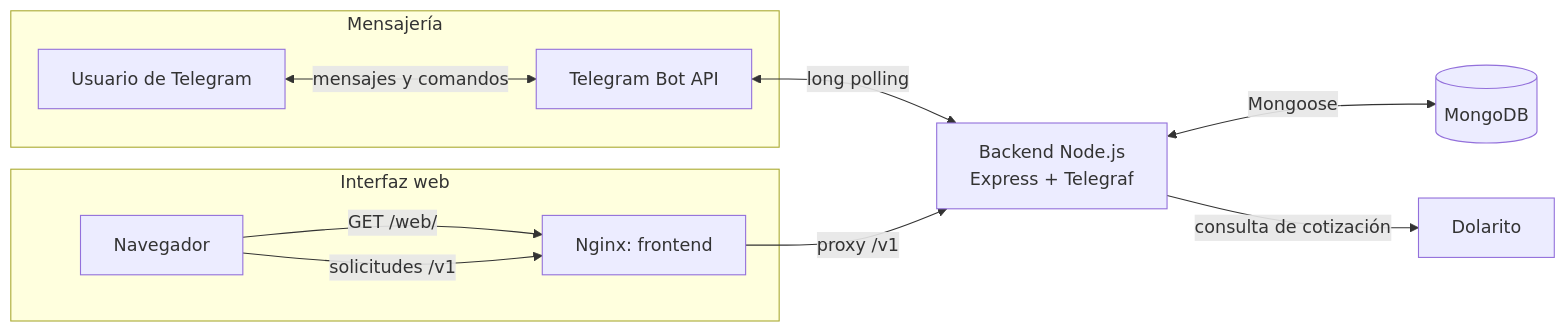
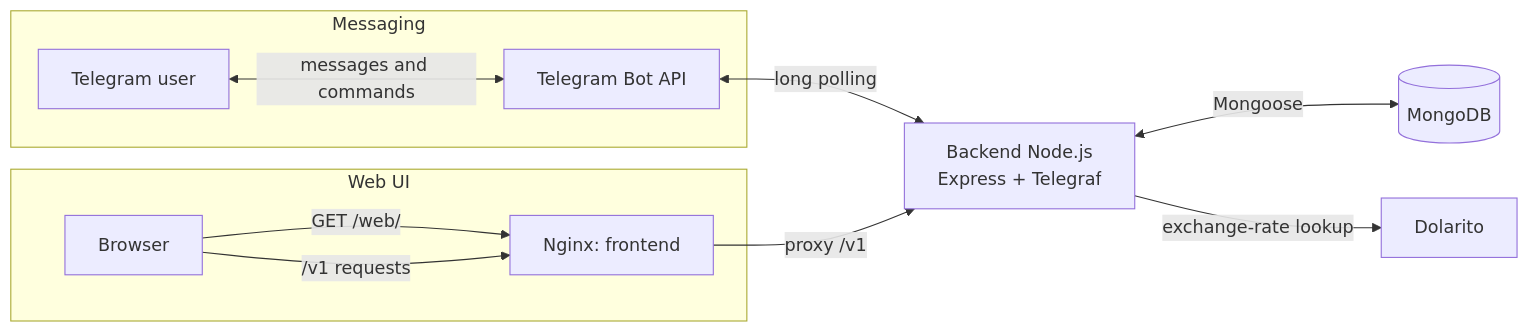
One commit to fnbogarin/expenses-bot-app changed the diagram in README.md. Above: the diagram before and after it, drawn with Mermaid. The commit also changed other lines of this file and 1 other file, not shown here.

````diff
--- a/README.md
+++ b/README.md
@@ -66,16 +66,16 @@
 ```mermaid
 flowchart LR
-  subgraph Messaging[Mensajería]
-    TelegramUser[Usuario de Telegram] <-->|mensajes y comandos| Telegram[Telegram Bot API]
+  subgraph Messaging[Messaging]
+    TelegramUser[Telegram user] <-->|messages and commands| Telegram[Telegram Bot API]
   end
 
-  subgraph UI[Interfaz web]
-    Browser[Navegador] -->|GET /web/| Nginx[Nginx: frontend]
-    Browser -->|solicitudes /v1| Nginx
+  subgraph UI[Web UI]
+    Browser[Browser] -->|GET /web/| Nginx[Nginx: frontend]
+    Browser -->|/v1 requests| Nginx
   end
 
   Telegram <-->|long polling| Backend[Backend Node.js<br/>Express + Telegraf]
   Nginx -->|proxy /v1| Backend
   Backend <-->|Mongoose| Mongo[(MongoDB)]
-  Backend -->|consulta de cotización| Dolarito[Dolarito]
+  Backend -->|exchange-rate lookup| Dolarito[Dolarito]
 ```
````
